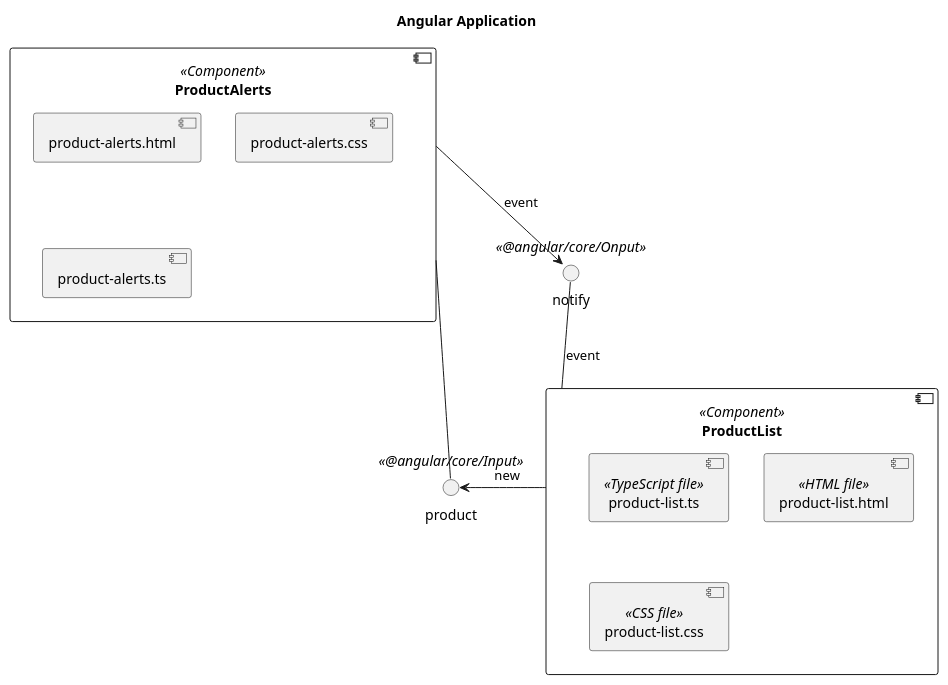
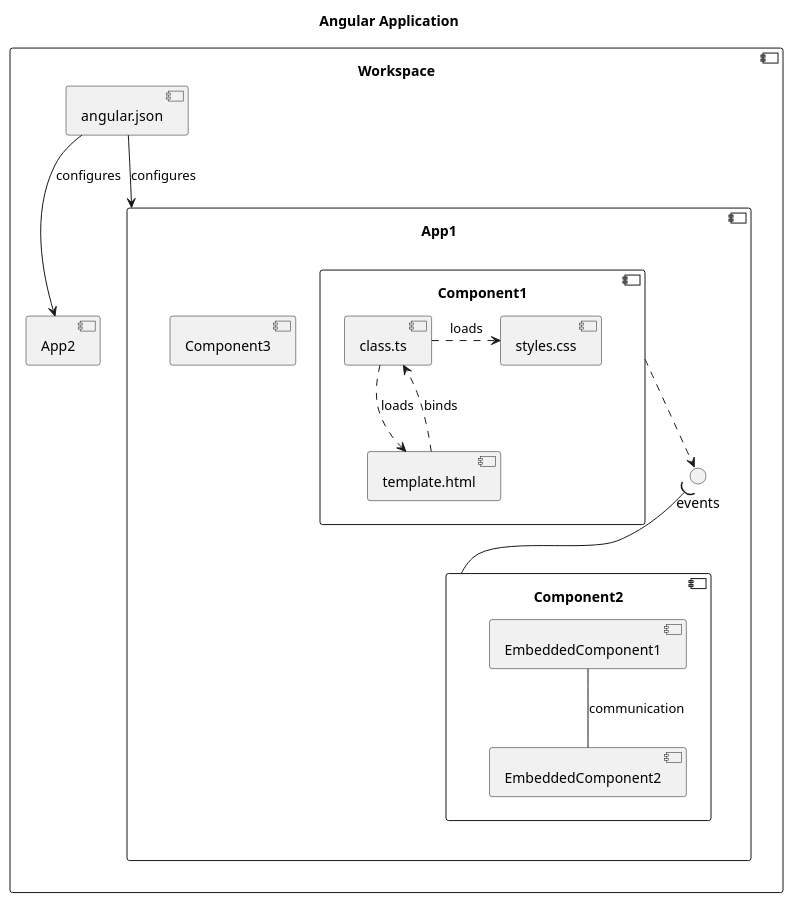
One commit to pgpbpadilla/reading-notes-angular changed the diagram in application-components.puml. Above: the diagram before and after it, drawn with PlantUML. The commit also changed 4 other files, not shown here.

Commit message:
chg: doc: simplify and improve layout for all diagrams

```diff
--- a/application-components.puml
+++ b/application-components.puml
@@ -1,26 +1,29 @@
 @startuml
 
 title Angular Application
 
-component ProductList <<Component>> as PL {
-	component "product-list.ts" <<TypeScript file>> as pl.class
-	[product-list.html] <<HTML file>> as pl.template
-	[product-list.css] <<CSS file>> as pl.style
+component Workspace {
+
+	component App1 {
+		component Component1 {
+			[template.html] ..> [class.ts]: binds
+			[class.ts] .> [styles.css]: loads
+			[class.ts] .> [template.html]: loads
+		}
+
+		component Component2 {
+			[EmbeddedComponent1] -- [EmbeddedComponent2]: communication
+		}
+
+		[Component3]
+
+		Component1 ..> events
+		events )-- Component2
+	}
+
+	[angular.json] --> App1: configures
+	[angular.json] --> [App2]: configures
+
 }
 
-component ProductAlerts <<Component>> as PAC {
-	[product-alerts.html] as pac.template
-	[product-alerts.css] as pac.style
-	[product-alerts.ts] as pac.class
-}
-
-
-interface product <<@angular/core/Input>>
-PAC - product
-interface notify <<@angular/core/Onput>>
-PAC --> notify <<@Output>> : event
-
-PL -> product: new
-notify -- PL: event
-
 @enduml
```
